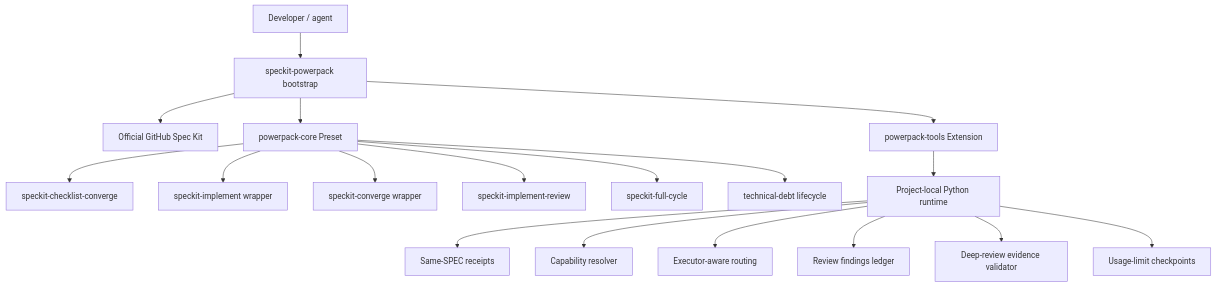
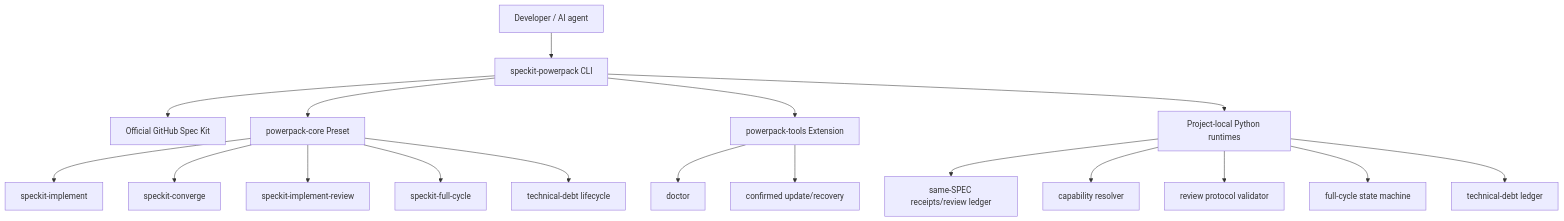
Before and after one commit to ds1david/speckit-powerpack: the first of 4 diagrams in README.md, drawn with Mermaid. The commit also changed other lines of this file, not shown here.

Commit message:
docs(readme): document updater and operational workflow runtimes

````diff
--- a/README.md
+++ b/README.md
@@ -41,22 +42,23 @@
 ```mermaid
 flowchart TB
-    U[Developer / agent] --> PP[speckit-powerpack bootstrap]
-    PP --> SK[Official GitHub Spec Kit]
-    PP --> PRE[powerpack-core Preset]
-    PP --> EXT[powerpack-tools Extension]
+    U[Developer / AI agent] --> CLI[speckit-powerpack CLI]
+    CLI --> SK[Official GitHub Spec Kit]
+    CLI --> PRE[powerpack-core Preset]
+    CLI --> EXT[powerpack-tools Extension]
 
-    PRE --> CKC[speckit-checklist-converge]
-    PRE --> IMP[speckit-implement wrapper]
-    PRE --> CONV[speckit-converge wrapper]
+    PRE --> IMP[speckit-implement]
+    PRE --> CONV[speckit-converge]
     PRE --> REV[speckit-implement-review]
     PRE --> FULL[speckit-full-cycle]
     PRE --> DEBT[technical-debt lifecycle]
 
-    EXT --> RT[Project-local Python runtime]
-    RT --> STATE[Same-SPEC receipts]
-    RT --> CAP[Capability resolver]
-    RT --> ROUTE[Executor-aware routing]
-    RT --> LEDGER[Review findings ledger]
-    RT --> VALID[Deep-review evidence validator]
-    RT --> LIMITS[Usage-limit checkpoints]
+    EXT --> DOC[doctor]
+    EXT --> UPD[confirmed update/recovery]
+
+    CLI --> RT[Project-local Python runtimes]
+    RT --> STATE[same-SPEC receipts/review ledger]
+    RT --> CAP[capability resolver]
+    RT --> RP[review protocol validator]
+    RT --> FC[full-cycle state machine]
+    RT --> TD[technical-debt ledger]
 ```
````
